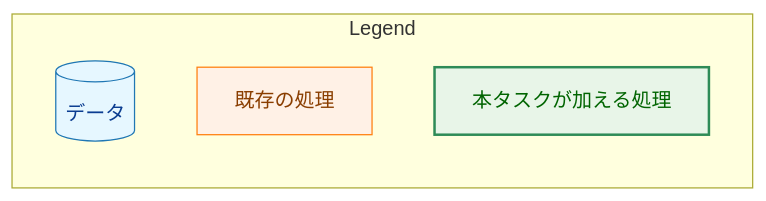
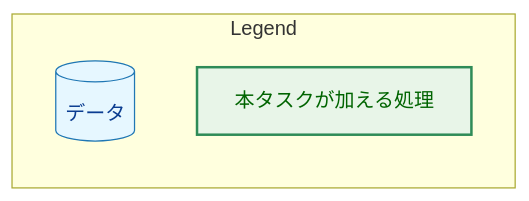
Before and after one commit to isseis/yt2column: the second of 11 diagrams in docs/tasks/0034_fixprguard_ignored_files/02_architecture.md, drawn with Mermaid. The commit also changed other lines of this file and 1 other file, not shown here.

First line of the commit message:
docs(0034): address architecture review findings and polish prose

````diff
--- a/docs/tasks/0034_fixprguard_ignored_files/02_architecture.md
+++ b/docs/tasks/0034_fixprguard_ignored_files/02_architecture.md
@@ -86,14 +97,11 @@
 ```mermaid
 flowchart LR
     classDef data fill:#e6f7ff,stroke:#1f77b4,stroke-width:1px,color:#0b3d91;
-    classDef process fill:#fff1e6,stroke:#ff7f0e,stroke-width:1px,color:#8a3e00;
     classDef enhanced fill:#e8f5e8,stroke:#2e8b57,stroke-width:2px,color:#006400;
     subgraph Legend
         L1[("データ")]
-        L2["既存の処理"]
-        L3["本タスクが加える処理"]
+        L2["本タスクが加える処理"]
     end
     class L1 data
-    class L2 process
-    class L3 enhanced
+    class L2 enhanced
 ```
````
